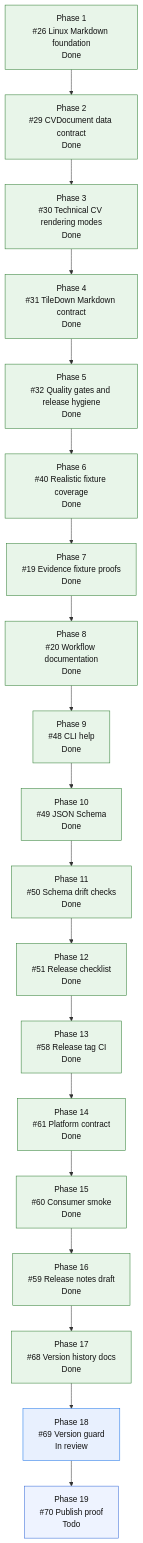
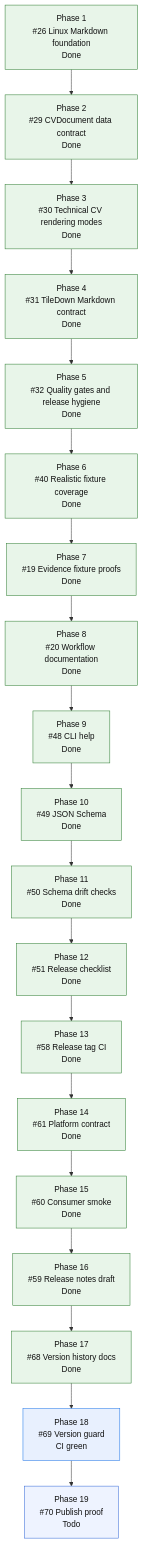
One commit to mihaelamj/cvbuilder changed the diagram in README.md. Above: the diagram before and after it, drawn with Mermaid. The commit also changed 1 other file, not shown here.

Commit message:
docs(roadmap): mark release guard CI green

````diff
--- a/README.md
+++ b/README.md
@@ -169,36 +169,36 @@
 ```mermaid
 flowchart TD
     P1["Phase 1<br/>#26 Linux Markdown foundation<br/>Done"]
     P2["Phase 2<br/>#29 CVDocument data contract<br/>Done"]
     P3["Phase 3<br/>#30 Technical CV rendering modes<br/>Done"]
     P4["Phase 4<br/>#31 TileDown Markdown contract<br/>Done"]
     P5["Phase 5<br/>#32 Quality gates and release hygiene<br/>Done"]
     P6["Phase 6<br/>#40 Realistic fixture coverage<br/>Done"]
     P7["Phase 7<br/>#19 Evidence fixture proofs<br/>Done"]
     P8["Phase 8<br/>#20 Workflow documentation<br/>Done"]
     P9["Phase 9<br/>#48 CLI help<br/>Done"]
     P10["Phase 10<br/>#49 JSON Schema<br/>Done"]
     P11["Phase 11<br/>#50 Schema drift checks<br/>Done"]
     P12["Phase 12<br/>#51 Release checklist<br/>Done"]
     P13["Phase 13<br/>#58 Release tag CI<br/>Done"]
     P14["Phase 14<br/>#61 Platform contract<br/>Done"]
     P15["Phase 15<br/>#60 Consumer smoke<br/>Done"]
     P16["Phase 16<br/>#59 Release notes draft<br/>Done"]
     P17["Phase 17<br/>#68 Version history docs<br/>Done"]
-    P18["Phase 18<br/>#69 Version guard<br/>In review"]
+    P18["Phase 18<br/>#69 Version guard<br/>CI green"]
     P19["Phase 19<br/>#70 Publish proof<br/>Todo"]
 
     P1 --> P2 --> P3 --> P4 --> P5 --> P6 --> P7 --> P8 --> P9 --> P10 --> P11 --> P12 --> P13 --> P14 --> P15 --> P16 --> P17 --> P18 --> P19
 
     classDef done fill:#e8f5e9,stroke:#2e7d32,color:#111;
     classDef active fill:#fff3e0,stroke:#ef6c00,color:#111;
     classDef review fill:#e8f0fe,stroke:#1a73e8,color:#111;
     classDef next fill:#fff8e1,stroke:#f9a825,color:#111;
     classDef partial fill:#e0f7fa,stroke:#00838f,color:#111;
     classDef todo fill:#eef3ff,stroke:#3367d6,color:#111;
     class P1,P2,P3,P4 done;
     class P5,P6,P7,P8,P9,P10,P11,P12,P13,P14,P15,P16 done;
     class P17 done;
     class P18 review;
     class P19 todo;
 ```
````
